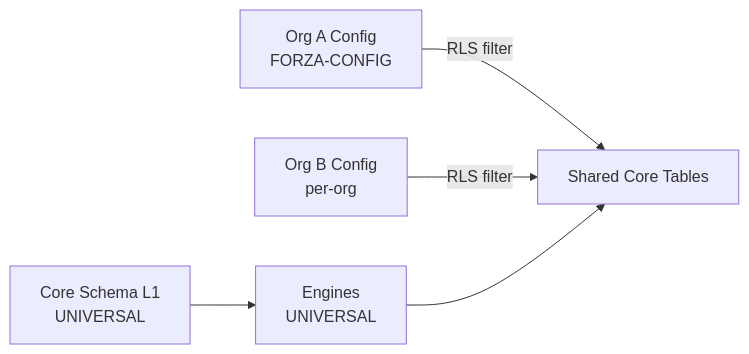
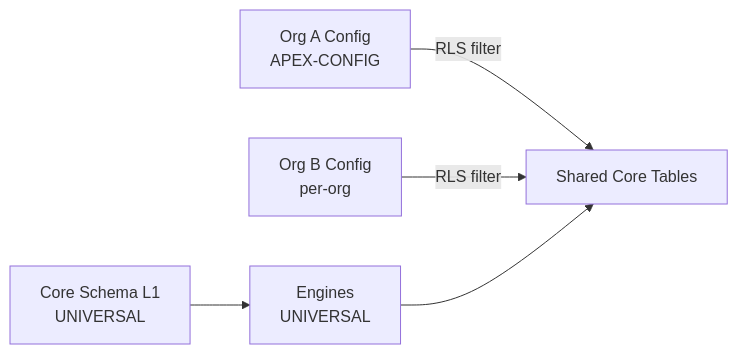
The diagram in _archive/new-doc-2026-02-16/00-foundation/decisions/META-MODEL.md (CoderMariusz/monopilot-kira), drawn with Mermaid before and after one commit. The commit also changed other lines of this file and 195 other files, not shown here.

````diff
--- a/_archive/new-doc-2026-02-16/00-foundation/decisions/META-MODEL.md
+++ b/_archive/new-doc-2026-02-16/00-foundation/decisions/META-MODEL.md
@@ -125,7 +125,7 @@
 ```mermaid
 flowchart LR
     CoreTables[Core Schema L1<br/>UNIVERSAL] --> Engines[Engines<br/>UNIVERSAL]
-    OrgA_Config[Org A Config<br/>FORZA-CONFIG] -->|RLS filter| SharedCore[Shared Core Tables]
+    OrgA_Config[Org A Config<br/>APEX-CONFIG] -->|RLS filter| SharedCore[Shared Core Tables]
     OrgB_Config[Org B Config<br/>per-org] -->|RLS filter| SharedCore
     Engines --> SharedCore
 ```
````
